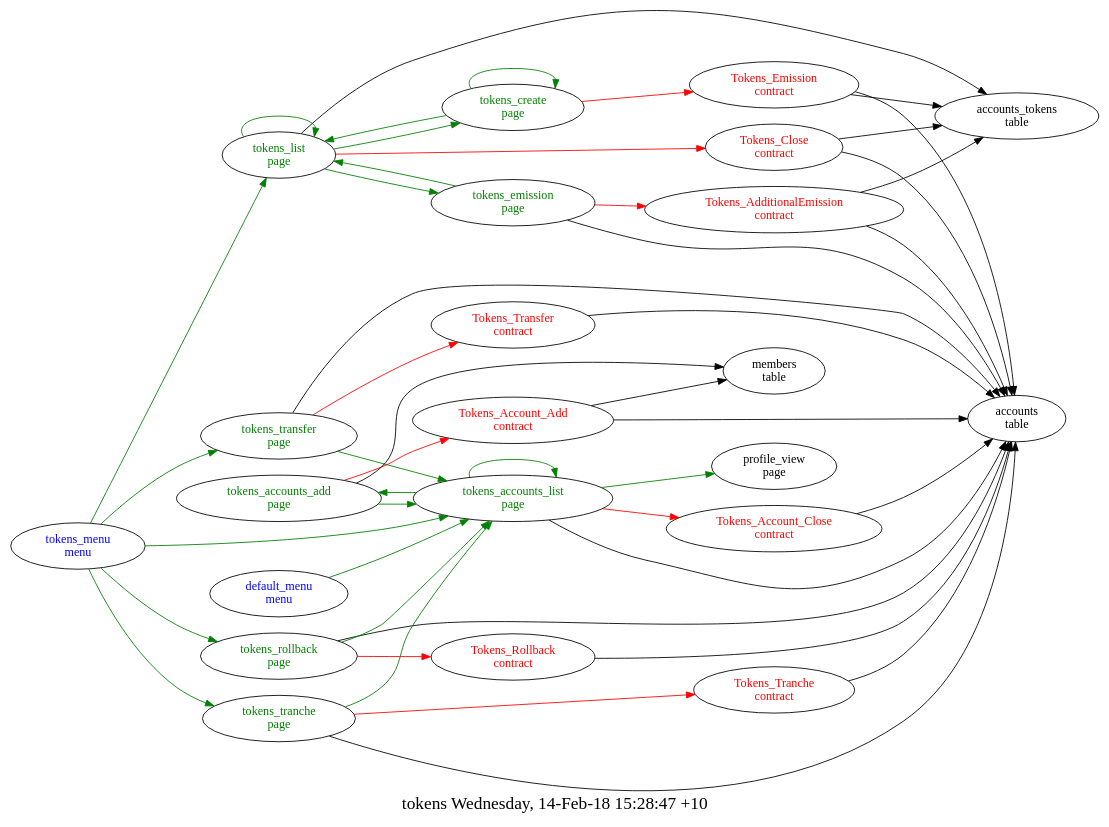
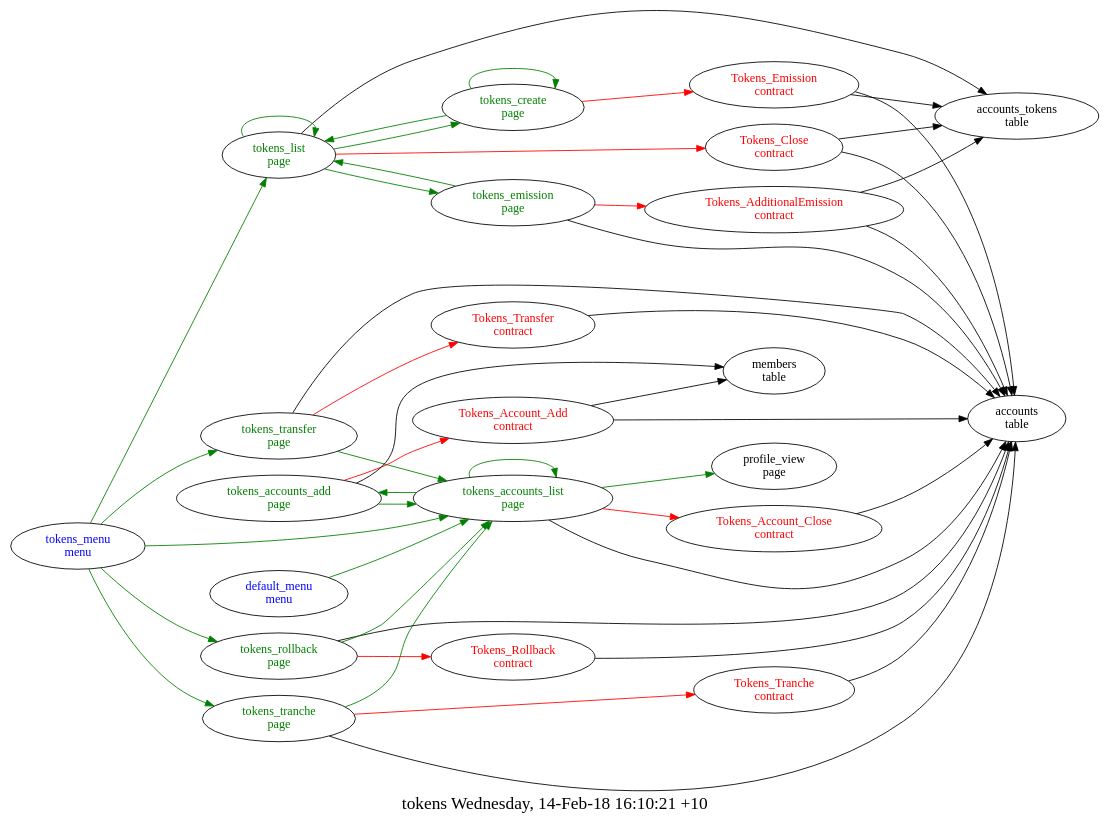
Before and after one commit to AplaProject/apps: the diagram in src/tokens/struct.dot, drawn with Graphviz. The commit also changed 7 other files, not shown here.

```diff
--- a/src/tokens/struct.dot
+++ b/src/tokens/struct.dot
@@ -1,69 +1,69 @@
 digraph G {
 fontsize="20.0";
-label="tokens Wednesday, 14-Feb-18 15:28:47 +10";
+label="tokens Wednesday, 14-Feb-18 16:10:21 +10";
 rankdir=LR;
 "Tokens_Account_Add\ncontract" -> "members\ntable"
 "Tokens_Account_Add\ncontract" -> "accounts\ntable"
 "Tokens_Account_Add\ncontract" [fontcolor=red, group=contracts];
 "Tokens_Account_Close\ncontract" -> "accounts\ntable"
 "Tokens_Account_Close\ncontract" [fontcolor=red, group=contracts];
 "Tokens_AdditionalEmission\ncontract" -> "accounts_tokens\ntable"
 "Tokens_AdditionalEmission\ncontract" -> "accounts\ntable"
 "Tokens_AdditionalEmission\ncontract" [fontcolor=red, group=contracts];
 "Tokens_Close\ncontract" -> "accounts\ntable"
 "Tokens_Close\ncontract" -> "accounts_tokens\ntable"
 "Tokens_Close\ncontract" [fontcolor=red, group=contracts];
 "Tokens_Emission\ncontract" -> "accounts_tokens\ntable"
 "Tokens_Emission\ncontract" -> "accounts\ntable"
 "Tokens_Emission\ncontract" [fontcolor=red, group=contracts];
 "Tokens_Rollback\ncontract" -> "accounts\ntable"
 "Tokens_Rollback\ncontract" [fontcolor=red, group=contracts];
 "Tokens_Tranche\ncontract" -> "accounts\ntable"
 "Tokens_Tranche\ncontract" [fontcolor=red, group=contracts];
 "Tokens_Transfer\ncontract" -> "accounts\ntable"
 "Tokens_Transfer\ncontract" [fontcolor=red, group=contracts];
 "default_menu\nmenu" -> "tokens_accounts_list\npage"  [ color=green ]
 "default_menu\nmenu" [fontcolor=blue, group=menus];
 "tokens_menu\nmenu" -> "tokens_accounts_list\npage"  [ color=green ]
 "tokens_menu\nmenu" -> "tokens_list\npage"  [ color=green ]
 "tokens_menu\nmenu" -> "tokens_tranche\npage"  [ color=green ]
 "tokens_menu\nmenu" -> "tokens_transfer\npage"  [ color=green ]
 "tokens_menu\nmenu" -> "tokens_rollback\npage"  [ color=green ]
 "tokens_menu\nmenu" [fontcolor=blue, group=menus];
 "tokens_accounts_add\npage" -> "Tokens_Account_Add\ncontract"  [ color=red ]
 "tokens_accounts_add\npage" -> "members\ntable"
 "tokens_accounts_add\npage" -> "tokens_accounts_list\npage"  [ color=green ]
 "tokens_accounts_add\npage" [fontcolor=green, group=pages];
 "tokens_accounts_list\npage" -> "Tokens_Account_Close\ncontract"  [ color=red ]
 "tokens_accounts_list\npage" -> "accounts\ntable"
 "tokens_accounts_list\npage" -> "profile_view\npage"  [ color=green ]
 "tokens_accounts_list\npage" -> "tokens_accounts_list\npage"  [ color=green ]
 "tokens_accounts_list\npage" -> "tokens_accounts_add\npage"  [ color=green ]
 "tokens_accounts_list\npage" [fontcolor=green, group=pages];
 "tokens_create\npage" -> "Tokens_Emission\ncontract"  [ color=red ]
 "tokens_create\npage" -> "tokens_create\npage"  [ color=green ]
 "tokens_create\npage" -> "tokens_list\npage"  [ color=green ]
 "tokens_create\npage" [fontcolor=green, group=pages];
 "tokens_emission\npage" -> "Tokens_AdditionalEmission\ncontract"  [ color=red ]
 "tokens_emission\npage" -> "accounts\ntable"
 "tokens_emission\npage" -> "tokens_list\npage"  [ color=green ]
 "tokens_emission\npage" [fontcolor=green, group=pages];
 "tokens_list\npage" -> "Tokens_Close\ncontract"  [ color=red ]
 "tokens_list\npage" -> "accounts_tokens\ntable"
 "tokens_list\npage" -> "tokens_emission\npage"  [ color=green ]
 "tokens_list\npage" -> "tokens_list\npage"  [ color=green ]
 "tokens_list\npage" -> "tokens_create\npage"  [ color=green ]
 "tokens_list\npage" [fontcolor=green, group=pages];
 "tokens_rollback\npage" -> "Tokens_Rollback\ncontract"  [ color=red ]
 "tokens_rollback\npage" -> "accounts\ntable"
 "tokens_rollback\npage" -> "tokens_accounts_list\npage"  [ color=green ]
 "tokens_rollback\npage" [fontcolor=green, group=pages];
 "tokens_tranche\npage" -> "Tokens_Tranche\ncontract"  [ color=red ]
 "tokens_tranche\npage" -> "accounts\ntable"
 "tokens_tranche\npage" -> "tokens_accounts_list\npage"  [ color=green ]
 "tokens_tranche\npage" [fontcolor=green, group=pages];
 "tokens_transfer\npage" -> "Tokens_Transfer\ncontract"  [ color=red ]
 "tokens_transfer\npage" -> "accounts\ntable"
 "tokens_transfer\npage" -> "tokens_accounts_list\npage"  [ color=green ]
 "tokens_transfer\npage" [fontcolor=green, group=pages];
 }
```
